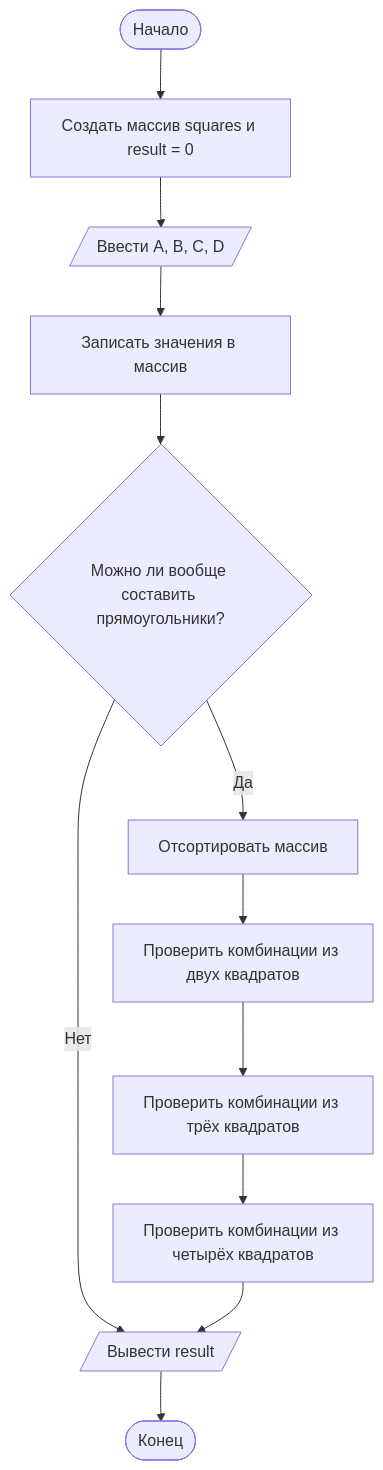
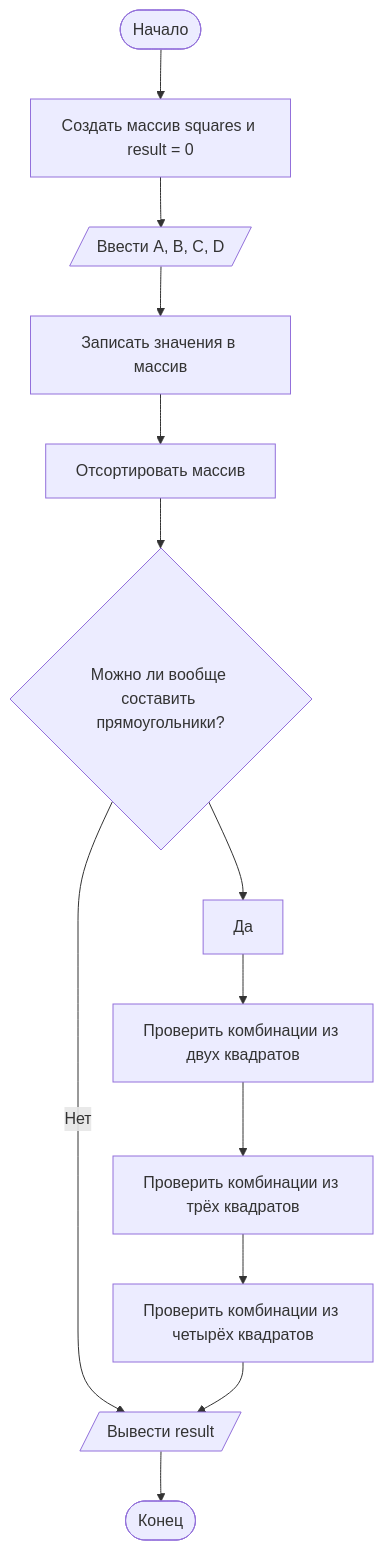
The diagram in README.md (bsodiumSHH/Lab11), drawn with Mermaid before and after one commit.

````diff
--- a/README.md
+++ b/README.md
@@ -92,14 +92,14 @@
 ```mermaid
   graph TD
       A([Начало]) --> B[Создать массив squares и result = 0]
       B --> C[/Ввести A, B, C, D/]
       C --> D[Записать значения в массив]
-      D --> E{Можно ли вообще составить прямоугольники?}
-      E -- Нет --> J[/Вывести result/]
-      E -- Да --> F[Отсортировать массив]
-      F --> G[Проверить комбинации из двух квадратов]
+      D --> E[Отсортировать массив]
+      E --> F{Можно ли вообще составить прямоугольники?}
+      F -- Нет --> J[/Вывести result/]
+      F --> Да --> G[Проверить комбинации из двух квадратов]
       G --> H[Проверить комбинации из трёх квадратов]
       H --> I[Проверить комбинации из четырёх квадратов]
       I --> J
       J --> K([Конец])
 ```
````
